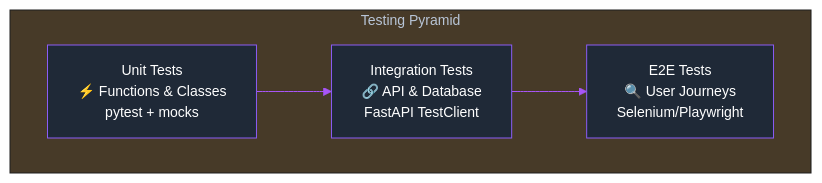
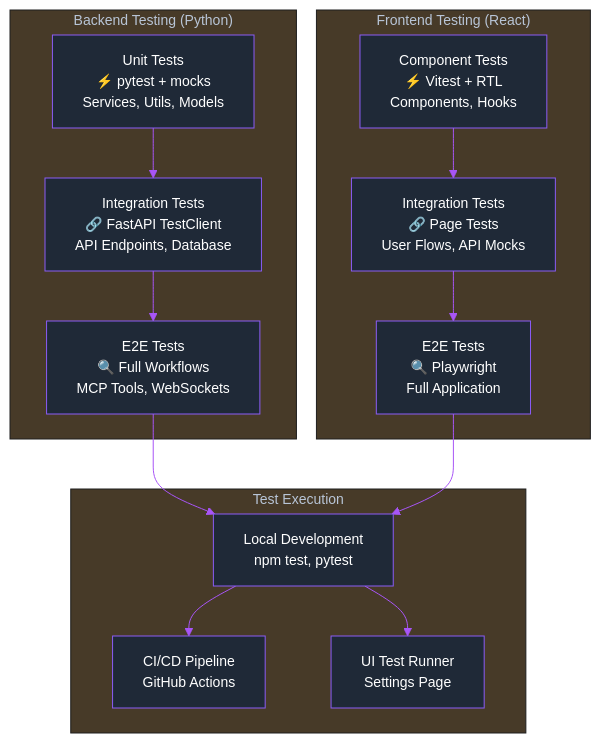
One commit to tarsonis125/mcp-crawl4ai-rag-ChromaDB-V1 changed the diagram in docs/docs/testing.mdx. Above: the diagram before and after it, drawn with Mermaid. The commit also changed other lines of this file and 14 other files, not shown here.

````diff
--- a/docs/docs/testing.mdx
+++ b/docs/docs/testing.mdx
@@ -14,27 +20,46 @@
 ```mermaid
 %%{init:{
   'theme':'base',
   'themeVariables': {
     'primaryColor':'#1f2937',
     'primaryTextColor':'#ffffff',
     'primaryBorderColor':'#8b5cf6',
     'lineColor':'#a855f7',
     'textColor':'#ffffff',
     'fontFamily':'Inter',
     'fontSize':'14px',
     'background':'#000000',
     'mainBkg':'#1f2937',
     'secondBkg':'#111827',
     'borderColor':'#8b5cf6'
   }
 }}%%
 graph TB
-    subgraph "Testing Pyramid"
-        E2E["E2E Tests<br/>🔍 User Journeys<br/>Selenium/Playwright"]
-        Integration["Integration Tests<br/>🔗 API & Database<br/>FastAPI TestClient"]
-        Unit["Unit Tests<br/>⚡ Functions & Classes<br/>pytest + mocks"]
+    subgraph "Backend Testing (Python)"
+        PyUnit["Unit Tests<br/>⚡ pytest + mocks<br/>Services, Utils, Models"]
+        PyInt["Integration Tests<br/>🔗 FastAPI TestClient<br/>API Endpoints, Database"]
+        PyE2E["E2E Tests<br/>🔍 Full Workflows<br/>MCP Tools, WebSockets"]
     end
 
-    Unit --> Integration
-    Integration --> E2E
+    subgraph "Frontend Testing (React)"
+        JSUnit["Component Tests<br/>⚡ Vitest + RTL<br/>Components, Hooks"]
+        JSInt["Integration Tests<br/>🔗 Page Tests<br/>User Flows, API Mocks"]
+        JSE2E["E2E Tests<br/>🔍 Playwright<br/>Full Application"]
+    end
+
+    subgraph "Test Execution"
+        Local["Local Development<br/>npm test, pytest"]
+        CI["CI/CD Pipeline<br/>GitHub Actions"]
+        UI["UI Test Runner<br/>Settings Page"]
+    end
+
+    PyUnit --> PyInt
+    PyInt --> PyE2E
+    JSUnit --> JSInt
+    JSInt --> JSE2E
+    
+    PyE2E --> Local
+    JSE2E --> Local
+    Local --> CI
+    Local --> UI
 ```
````
